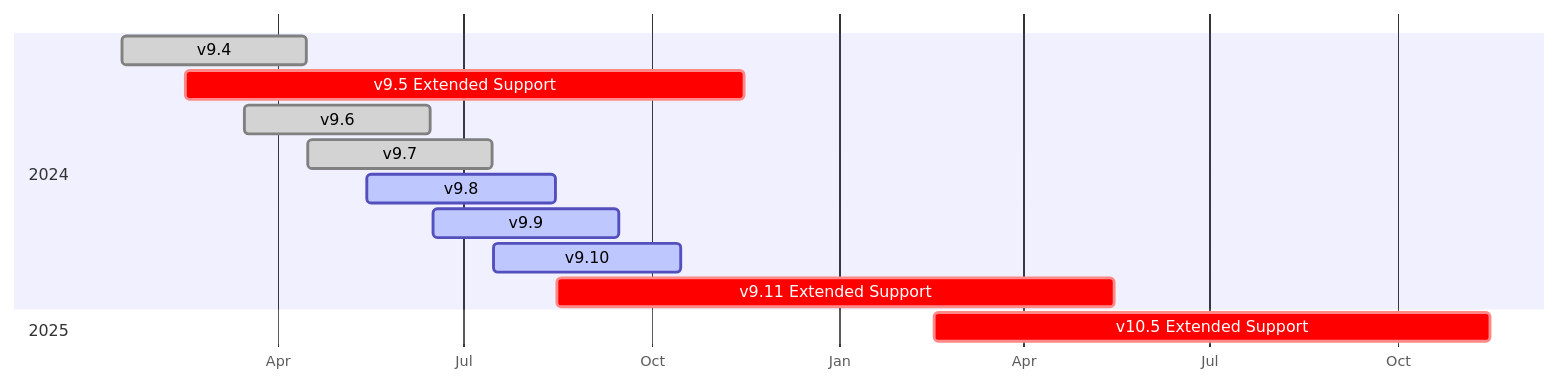
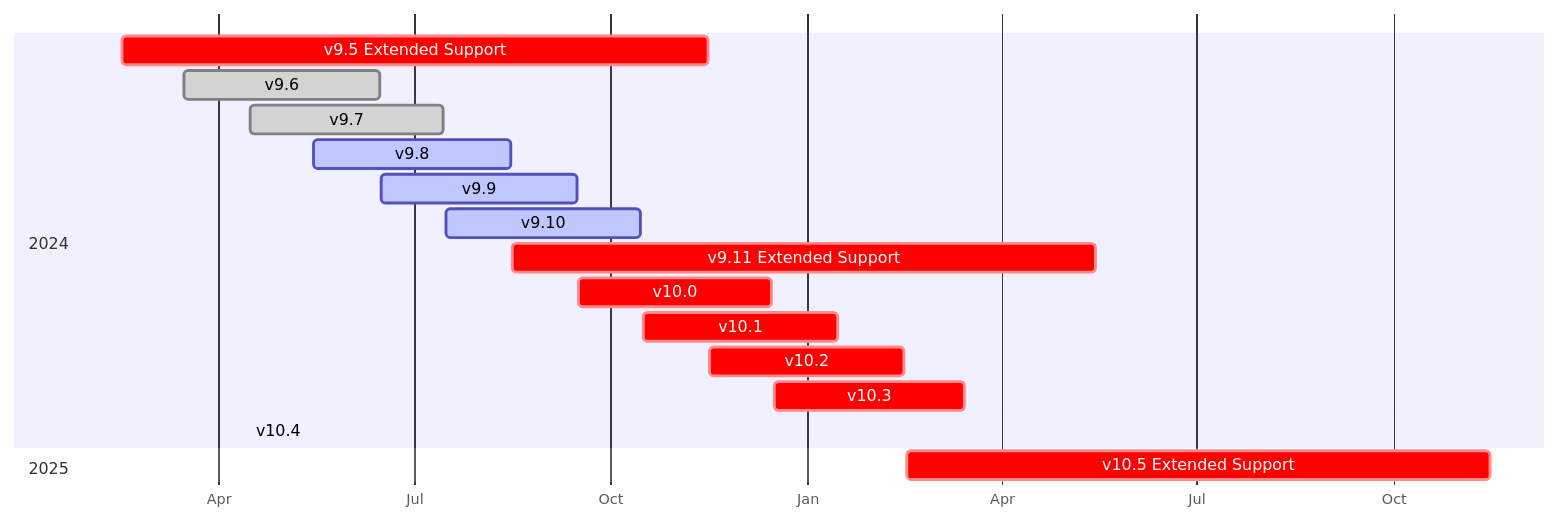
One commit to mattermost/docs changed the diagram in source/about/release-policy.md. Above: the diagram before and after it, drawn with Mermaid.

````diff
--- a/source/about/release-policy.md
+++ b/source/about/release-policy.md
@@ -48,19 +48,23 @@
 ```{mermaid}
 
 gantt
     dateFormat  YYYY-MM-DD
     axisFormat  %b
     
     section 2024
-    v9.4                   :done,    2024-01-16, 2024-04-15
     v9.5 Extended Support  :crit,    2024-02-16, 2024-11-15
     v9.6                   :done,  2024-03-16, 2024-06-15
     v9.7                   :done,  2024-04-16, 2024-07-15
     v9.8                   :active,  2024-05-15, 2024-08-15
     v9.9                   :active,  2024-06-16, 2024-09-15
     v9.10                  :active,  2024-07-16, 2024-10-15
     v9.11 Extended Support :crit,    2024-08-16, 2025-05-15
+    v10.0                  :crit,    2024-09-16, 2024-12-15
+    v10.1                  :crit,    2024-10-16, 2025-01-15
+    v10.2                  :crit,    2024-11-16, 2025-02-15
+    v10.3                  :crit,    2024-12-16, 2025-03-15
+    v10.4                  :crit,    2025-01-16, 2024-04-15
 
     section 2025
     v10.5 Extended Support :crit,    2025-02-16, 2025-11-15
 ```
````
